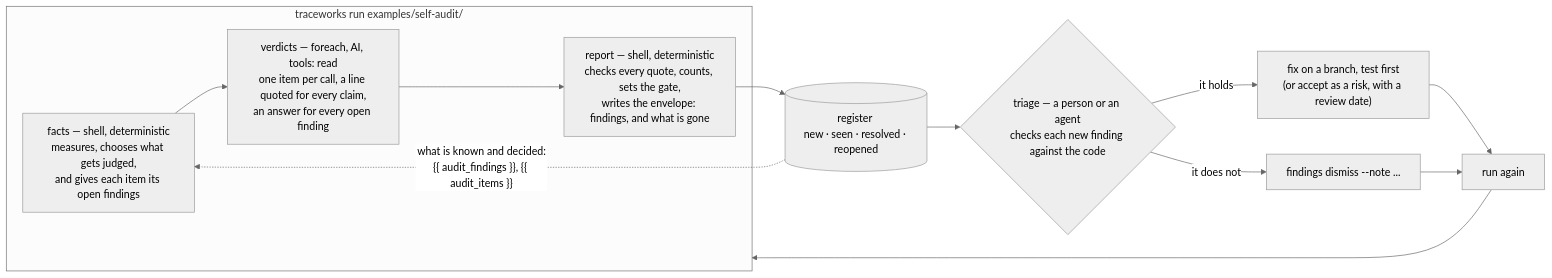
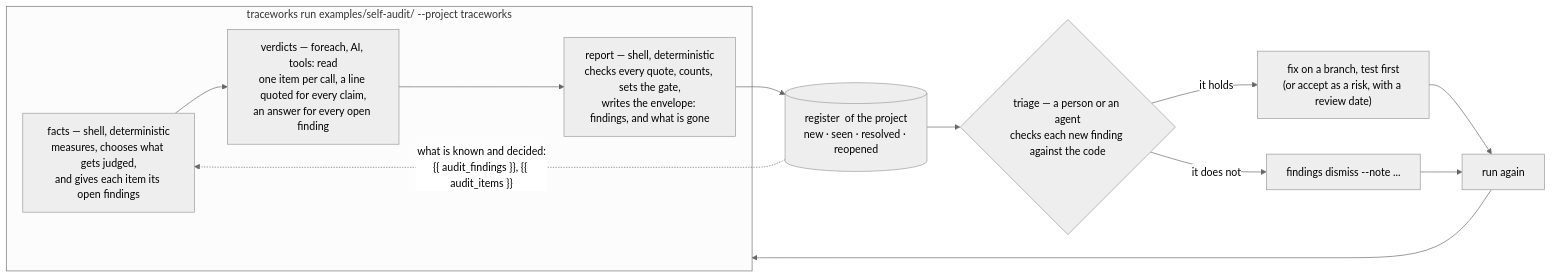
One commit to FLSEST/traceworks changed the diagram in examples/self-audit/README.md. Above: the diagram before and after it, drawn with Mermaid (neutral theme). The commit also changed other lines of this file and 222 other files, not shown here.

````diff
--- a/examples/self-audit/README.md
+++ b/examples/self-audit/README.md
@@ -17,17 +17,17 @@
 ```mermaid
 flowchart LR
-    subgraph run["traceworks run examples/self-audit/<topic>"]
+    subgraph run["traceworks run examples/self-audit/<topic> --project traceworks"]
         facts["facts — shell, deterministic<br>measures, chooses what gets judged,<br>and gives each item its open findings"]
         verdicts["verdicts — foreach, AI, tools: read<br>one item per call, a line quoted for every claim,<br>an answer for every open finding"]
         report["report — shell, deterministic<br>checks every quote, counts, sets the gate,<br>writes the envelope: findings, and what is gone"]
         facts --> verdicts --> report
     end
-    report --> register[("register <topic><br>new · seen · resolved · reopened")]
+    report --> register[("register <topic> of the project<br>new · seen · resolved · reopened")]
     register --> triage{"triage — a person or an agent<br>checks each new finding against the code"}
     triage -- "it holds" --> fix["fix on a branch, test first<br>(or accept as a risk, with a review date)"]
     triage -- "it does not" --> dismiss["findings <topic> dismiss --note ..."]
     fix --> again["run again"]
     dismiss --> again
     again --> run
     register -. "what is known and decided:<br>{{ audit_findings }}, {{ audit_items }}" .-> facts
 ```
````
